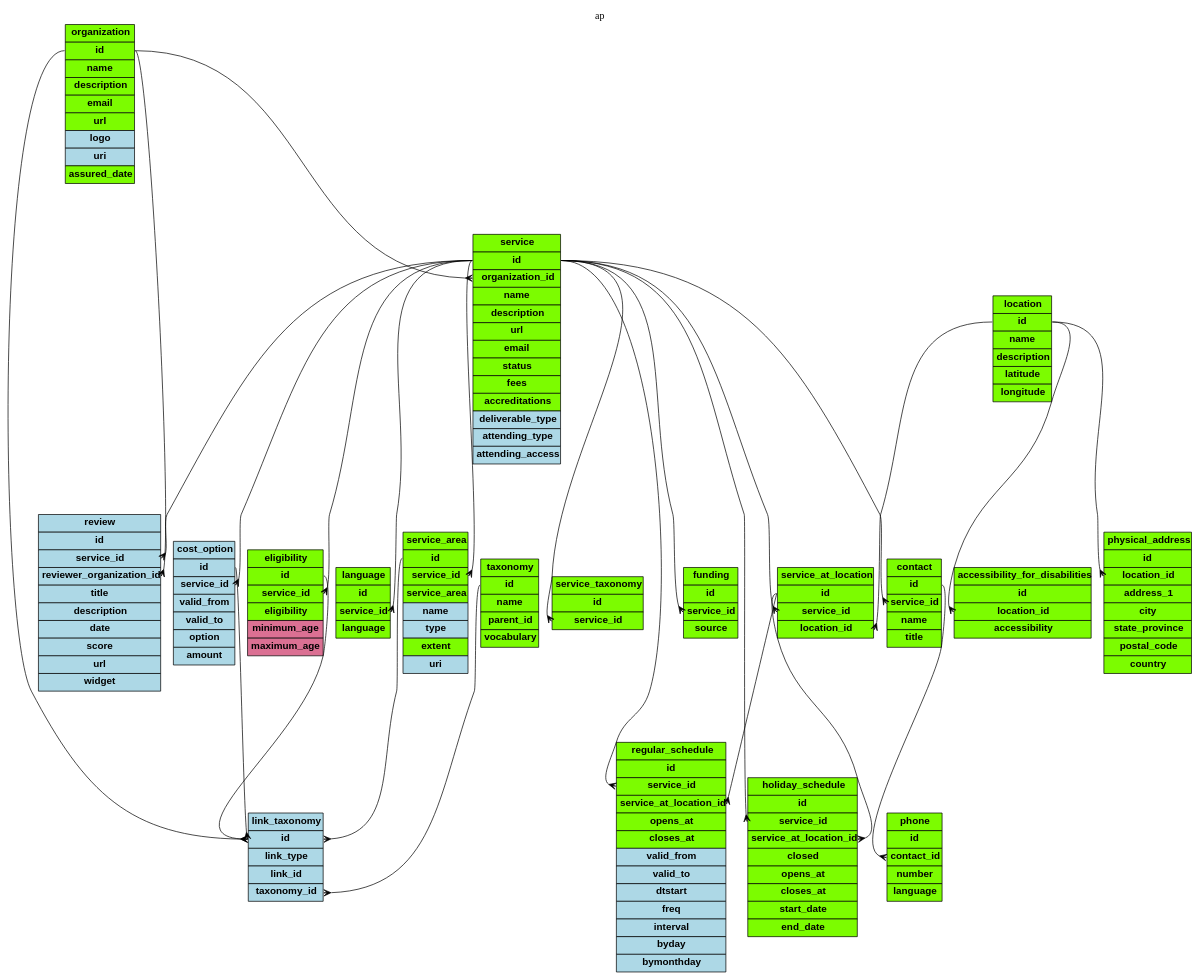
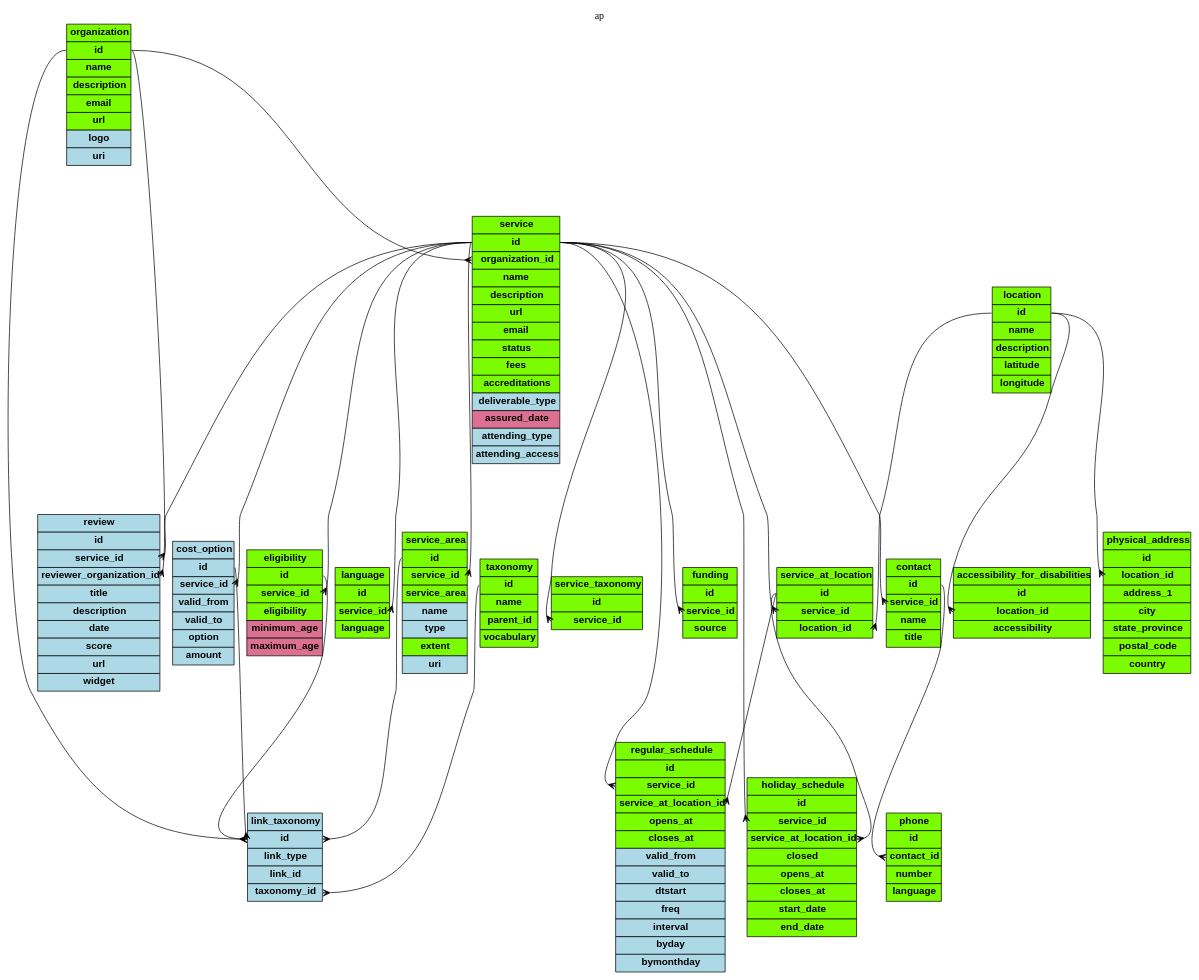
The diagram in Schemas/ap.gv (OpenReferralUK/human-services), drawn with Graphviz before and after one commit. The commit also changed 25 other files, not shown here.

```diff
--- a/Schemas/ap.gv
+++ b/Schemas/ap.gv
@@ -21,7 +21,6 @@
 <tr><td  bgcolor="lawngreen"><b>url</b></td></tr>
 <tr><td  bgcolor="lightblue"><b>logo</b></td></tr>
 <tr><td  bgcolor="lightblue"><b>uri</b></td></tr>
-<tr><td  bgcolor="lawngreen"><b>assured_date</b></td></tr>
 </table>
 >]
 
@@ -40,6 +39,7 @@
 <tr><td  bgcolor="lawngreen"><b>fees</b></td></tr>
 <tr><td  bgcolor="lawngreen"><b>accreditations</b></td></tr>
 <tr><td  bgcolor="lightblue"><b>deliverable_type</b></td></tr>
+<tr><td  bgcolor="palevioletred"><b>assured_date</b></td></tr>
 <tr><td  bgcolor="lightblue"><b>attending_type</b></td></tr>
 <tr><td  bgcolor="lightblue"><b>attending_access</b></td></tr>
 </table>
```
